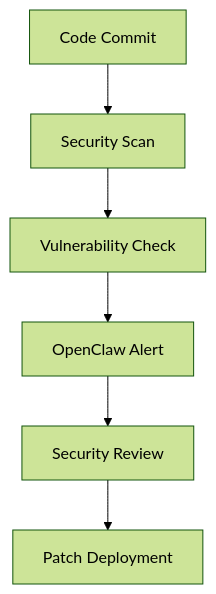
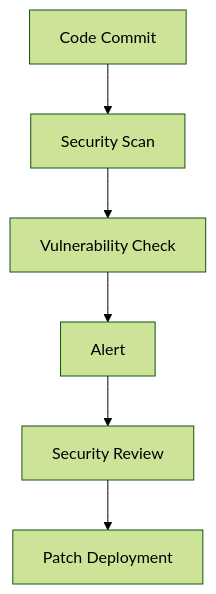
One commit to reverb256/nixos-config changed the third of 3 diagrams in docs/PROJECT-ANALYSIS.md. Above: the diagram before and after it, drawn with Mermaid (forest theme). The commit also changed other lines of this file and 82 other files, not shown here.

````diff
--- a/docs/PROJECT-ANALYSIS.md
+++ b/docs/PROJECT-ANALYSIS.md
@@ -290,8 +290,8 @@
 ```mermaid
 graph TD
     A[Code Commit] --> B[Security Scan]
     B --> C[Vulnerability Check]
-    C --> D[OpenClaw Alert]
+    C --> D[ Alert]
     D --> E[Security Review]
     E --> F[Patch Deployment]
 ```
````
